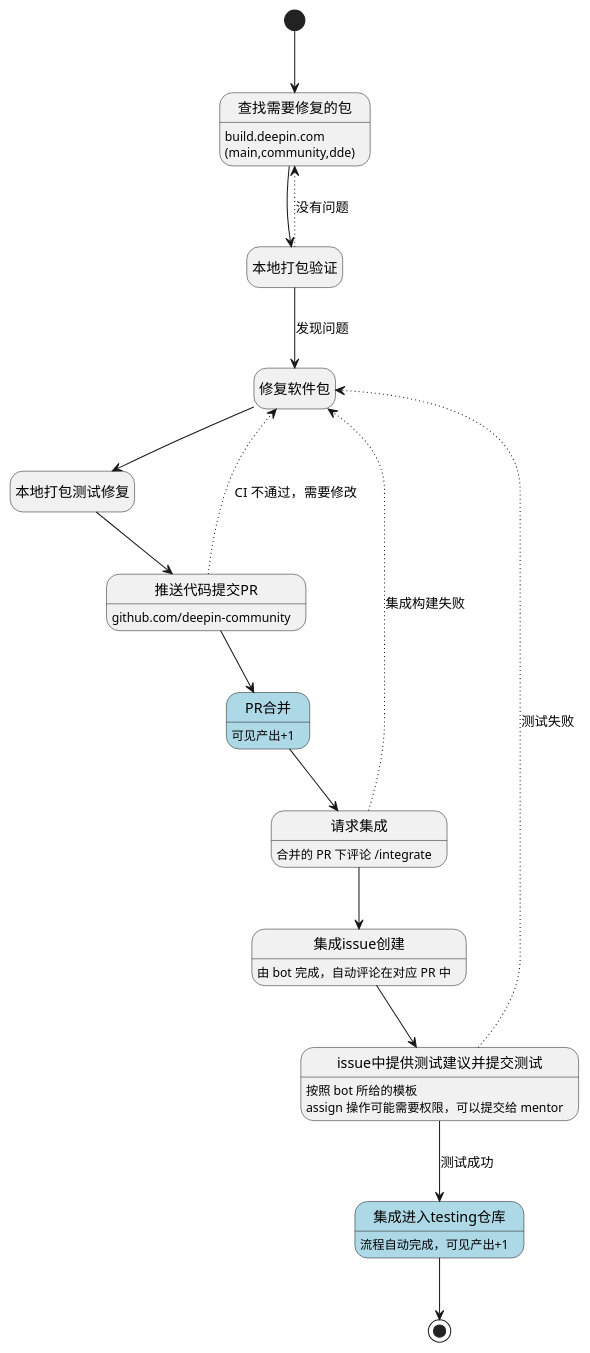
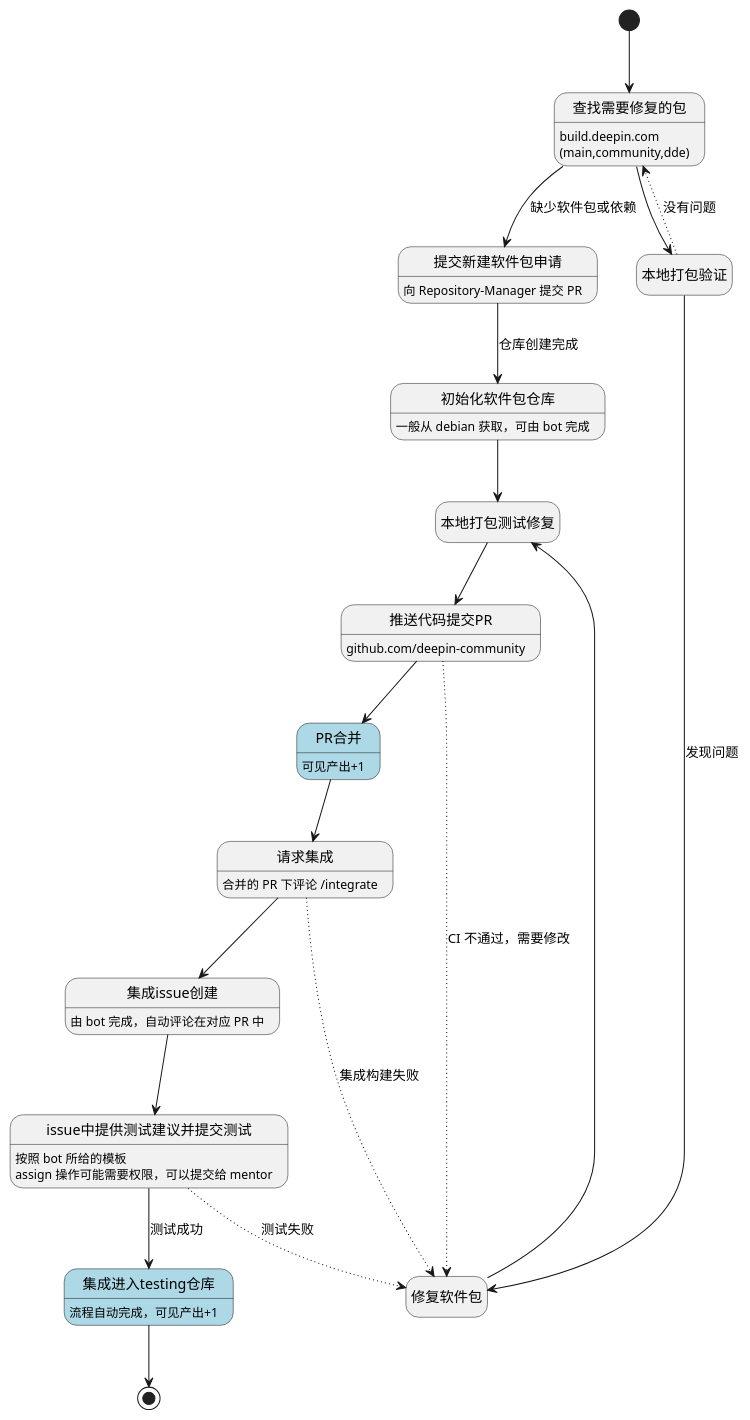
One commit to linuxdeepin/wiki.deepin.org changed the diagram in 06_关于Deepin/Deepin活动/甲辰计划/intro.md. Above: the diagram before and after it, drawn with PlantUML. The commit also changed other lines of this file, not shown here.

````diff
--- a/06_关于Deepin/Deepin活动/甲辰计划/intro.md
+++ b/06_关于Deepin/Deepin活动/甲辰计划/intro.md
@@ -43,34 +44,39 @@
 ```plantuml
 @startuml
 hide empty description
 
 state 查找需要修复的包 : build.deepin.com\n(main,community,dde)
+state 提交新建软件包申请 : 向 Repository-Manager 提交 PR
 state 本地打包验证
 state 修复软件包
+state 初始化软件包仓库 : 一般从 debian 获取，可由 bot 完成
 state 本地打包测试修复
 state 推送代码提交PR : github.com/deepin-community
 state PR合并 #lightblue : 可见产出+1
 state 请求集成 : 合并的 PR 下评论 /integrate
 state 集成issue创建 : 由 bot 完成，自动评论在对应 PR 中
 state issue中提供测试建议并提交测试 : 按照 bot 所给的模板\nassign 操作可能需要权限，可以提交给 mentor
 state 集成进入testing仓库 #lightblue : 流程自动完成，可见产出+1
 
 [*] --> 查找需要修复的包
 查找需要修复的包 --> 本地打包验证
+查找需要修复的包 --> 提交新建软件包申请 : 缺少软件包或依赖
 本地打包验证 -[dotted]-> 查找需要修复的包 : 没有问题
+提交新建软件包申请 --> 初始化软件包仓库 : 仓库创建完成
+初始化软件包仓库 --> 本地打包测试修复
 本地打包验证 --> 修复软件包 : 发现问题
 修复软件包 --> 本地打包测试修复
 本地打包测试修复 --> 推送代码提交PR
 推送代码提交PR -[dotted]-> 修复软件包 : CI 不通过，需要修改
 推送代码提交PR --> PR合并
 PR合并 --> 请求集成
 请求集成 --> 集成issue创建
 请求集成 -[dotted]-> 修复软件包 : 集成构建失败
 集成issue创建 --> issue中提供测试建议并提交测试
 issue中提供测试建议并提交测试 -[dotted]-> 修复软件包 : 测试失败
 issue中提供测试建议并提交测试 --> 集成进入testing仓库 : 测试成功
 集成进入testing仓库 --> [*]
 
 
 @enduml
 ```
````
